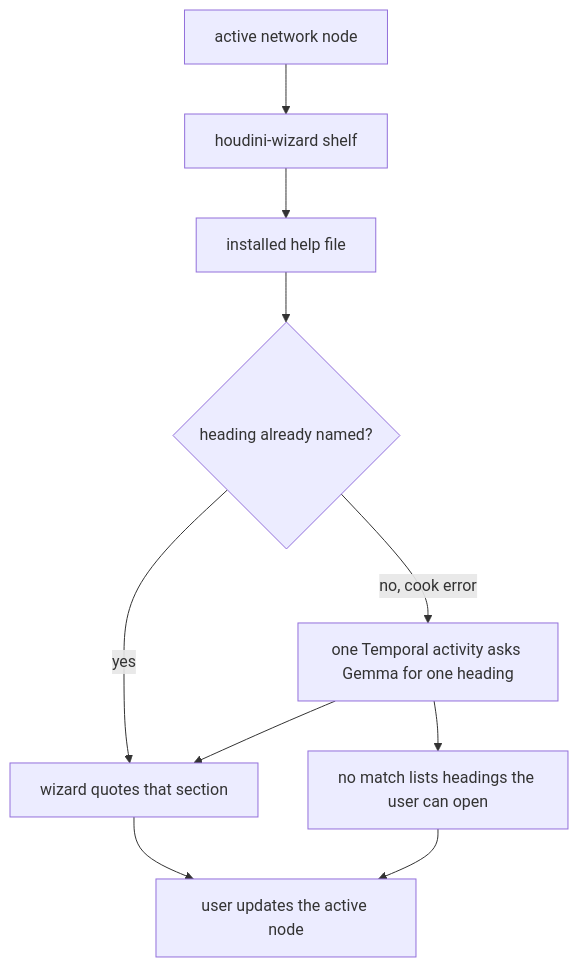
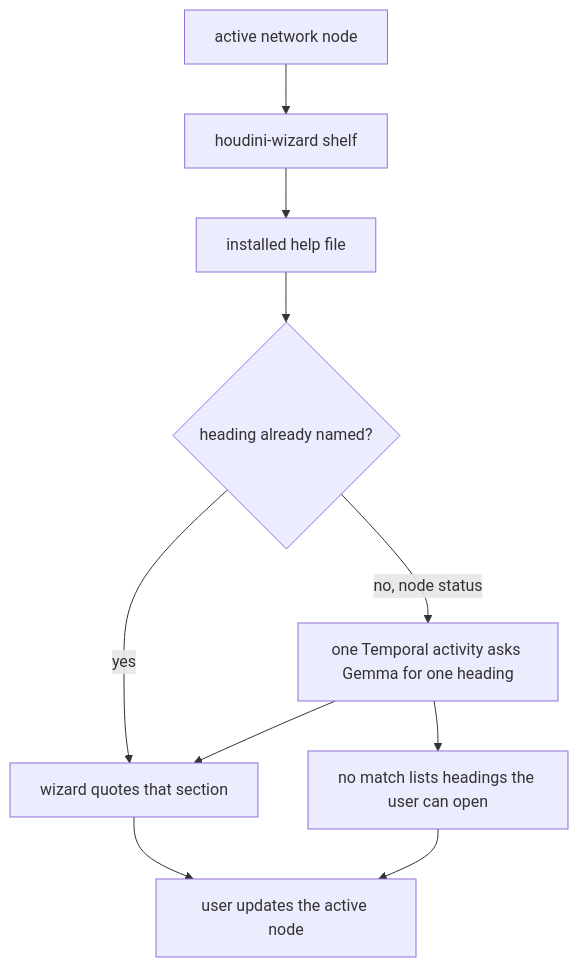
The diagram in FLOW.md (AbisoyeOnanuga/houdini-wizard), drawn with Mermaid before and after one commit. The commit also changed other lines of this file and 12 other files, not shown here.

````diff
--- a/FLOW.md
+++ b/FLOW.md
@@ -7,12 +7,12 @@
 ```mermaid
 flowchart TD
   activeNode["active network node"] --> wizard["houdini-wizard shelf"]
   wizard --> helpFile["installed help file"]
   helpFile --> named{"heading already named?"}
   named -->|yes| quote["wizard quotes that section"]
-  named -->|no, cook error| gemma["one Temporal activity asks Gemma for one heading"]
+  named -->|no, node status| gemma["one Temporal activity asks Gemma for one heading"]
   gemma --> quote
   gemma --> noMatch["no match lists headings the user can open"]
   quote --> updated["user updates the active node"]
   noMatch --> updated
 ```
````
